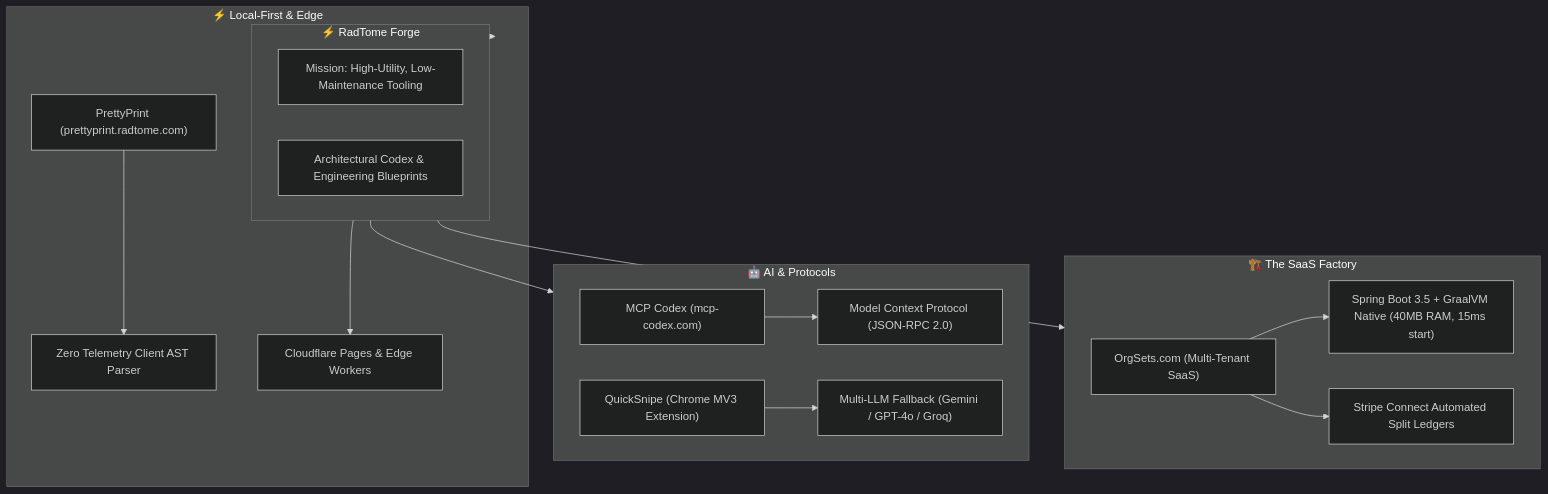
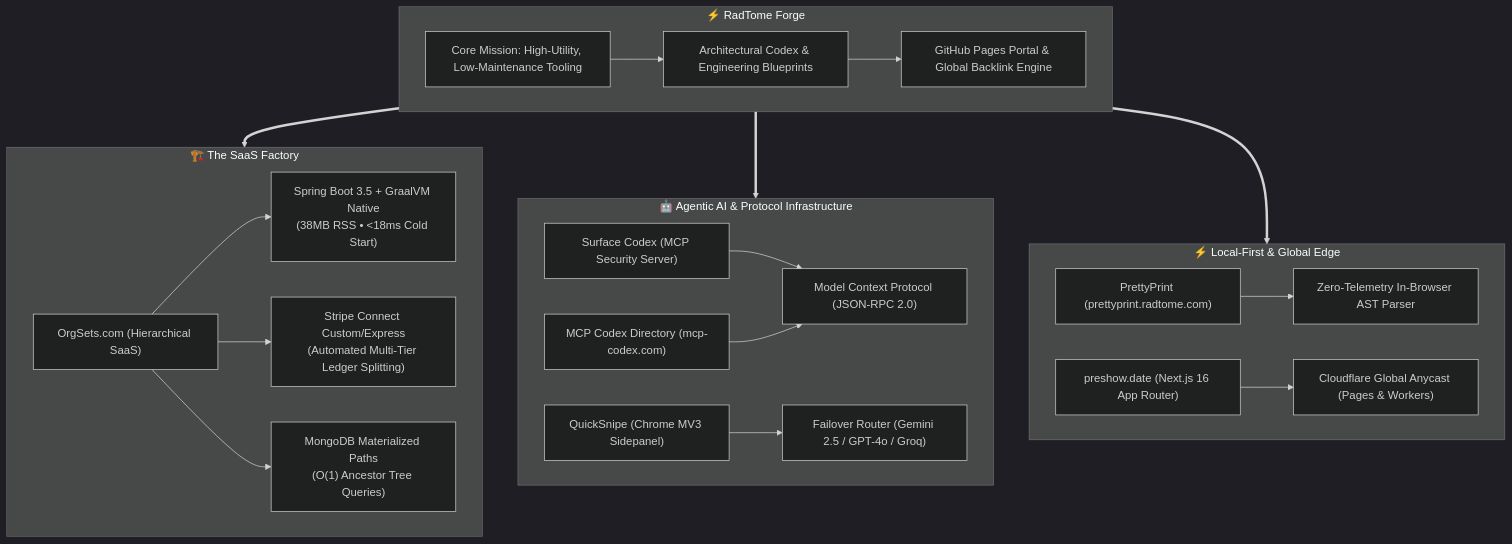
Before and after one commit to RadTome/.github: the diagram in profile/README.md, drawn with Mermaid (dark theme). The commit also changed other lines of this file and 3 other files, not shown here.

````diff
--- a/profile/README.md
+++ b/profile/README.md
@@ -77,36 +103,46 @@
 ```mermaid
 flowchart TD
     subgraph RadTome_Core ["⚡ RadTome Forge"]
-        RT_Phil["Mission: High-Utility, Low-Maintenance Tooling"]
+        RT_Mission["Core Mission: High-Utility, Low-Maintenance Tooling"]
         RT_Codex["Architectural Codex & Engineering Blueprints"]
+        RT_Portal["GitHub Pages Portal & Global Backlink Engine"]
+        RT_Mission --> RT_Codex
+        RT_Codex --> RT_Portal
     end
 
     subgraph SaaS_Factory ["🏗️ The SaaS Factory"]
-        OrgSets["OrgSets.com (Multi-Tenant SaaS)"]
-        GraalVM["Spring Boot 3.5 + GraalVM Native (40MB RAM, 15ms start)"]
-        Ledger["Stripe Connect Automated Split Ledgers"]
+        OrgSets["OrgSets.com (Hierarchical SaaS)"]
+        GraalVM["Spring Boot 3.5 + GraalVM Native<br/>(38MB RSS • &lt;18ms Cold Start)"]
+        Ledger["Stripe Connect Custom/Express<br/>(Automated Multi-Tier Ledger Splitting)"]
+        Mongo["MongoDB Materialized Paths<br/>(O(1) Ancestor Tree Queries)"]
         OrgSets --> GraalVM
         OrgSets --> Ledger
+        OrgSets --> Mongo
     end
 
-    subgraph Agentic_AI ["🤖 AI & Protocols"]
-        MCP["MCP Codex (mcp-codex.com)"]
+    subgraph Agentic_AI ["🤖 Agentic AI & Protocol Infrastructure"]
+        SurfaceCodex["Surface Codex (MCP Security Server)"]
+        MCPCodex["MCP Codex Directory (mcp-codex.com)"]
         JSONRPC["Model Context Protocol (JSON-RPC 2.0)"]
-        QuickSnipe["QuickSnipe (Chrome MV3 Extension)"]
-        MultiLLM["Multi-LLM Fallback (Gemini / GPT-4o / Groq)"]
-        MCP --> JSONRPC
+        QuickSnipe["QuickSnipe (Chrome MV3 Sidepanel)"]
+        MultiLLM["Failover Router (Gemini 2.5 / GPT-4o / Groq)"]
+        
+        SurfaceCodex --> JSONRPC
+        MCPCodex --> JSONRPC
         QuickSnipe --> MultiLLM
     end
 
-    subgraph Client_DevTools ["⚡ Local-First & Edge"]
+    subgraph Client_DevTools ["⚡ Local-First & Global Edge"]
         PP["PrettyPrint (prettyprint.radtome.com)"]
-        ZeroTel["Zero Telemetry Client AST Parser"]
-        CF["Cloudflare Pages & Edge Workers"]
+        ZeroTel["Zero-Telemetry In-Browser AST Parser"]
+        PreShow["preshow.date (Next.js 16 App Router)"]
+        CF["Cloudflare Global Anycast (Pages & Workers)"]
+        
         PP --> ZeroTel
-        RadTome_Core --> CF
+        PreShow --> CF
     end
 
-    RadTome_Core --> SaaS_Factory
-    RadTome_Core --> Agentic_AI
-    RadTome_Core --> Client_DevTools
+    RadTome_Core ==> SaaS_Factory
+    RadTome_Core ==> Agentic_AI
+    RadTome_Core ==> Client_DevTools
 ```
````
